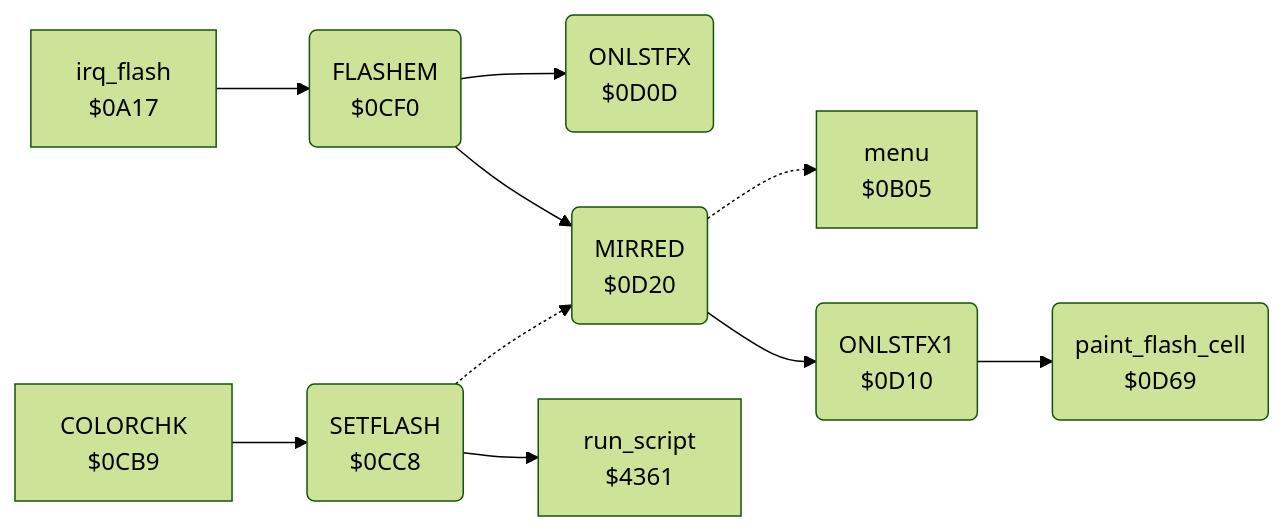
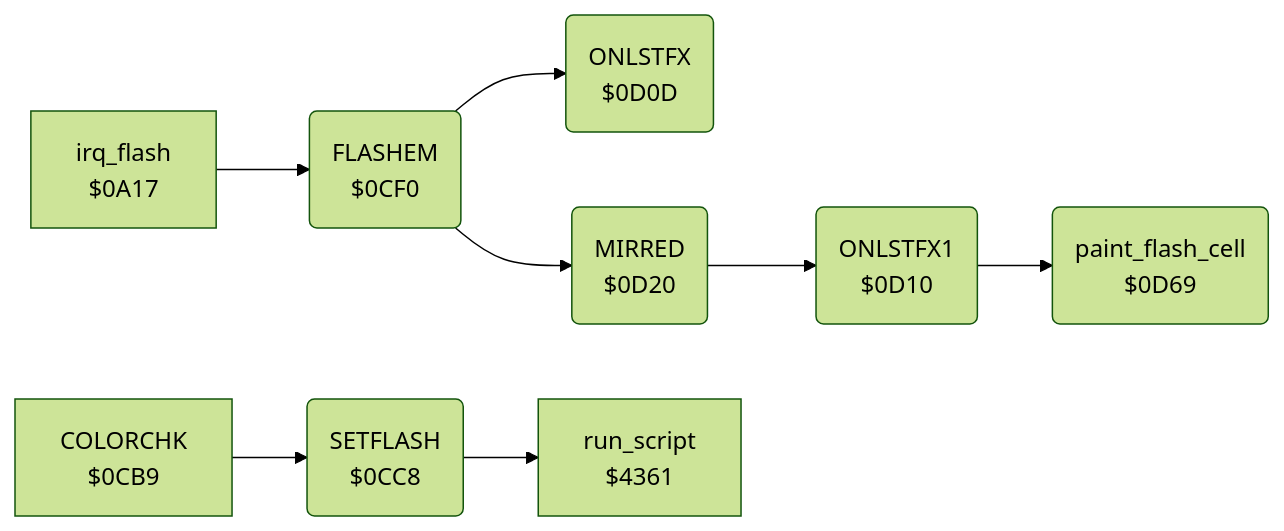
Before and after one commit to henols/c64_games: the diagram in koala_painter/v2/docs/reference/modules/menu/flash.md, drawn with Mermaid (forest theme). The commit also changed other lines of this file and 1100 other files, not shown here.

````diff
--- a/koala_painter/v2/docs/reference/modules/menu/flash.md
+++ b/koala_painter/v2/docs/reference/modules/menu/flash.md
@@ -10,22 +21,19 @@
 ```mermaid
 flowchart LR
   n0a17["irq_flash<br/>$0A17"]
-  n0b05["menu<br/>$0B05"]
   n0cb9["COLORCHK<br/>$0CB9"]
   n0cc8("SETFLASH<br/>$0CC8")
   n0cf0("FLASHEM<br/>$0CF0")
   n0d0d("ONLSTFX<br/>$0D0D")
   n0d10("ONLSTFX1<br/>$0D10")
   n0d20("MIRRED<br/>$0D20")
   n0d69("paint_flash_cell<br/>$0D69")
   n4361["run_script<br/>$4361"]
   n0a17 --> n0cf0
   n0cb9 --> n0cc8
-  n0cc8 -.-> n0d20
   n0cc8 --> n4361
   n0cf0 --> n0d0d
   n0cf0 --> n0d20
   n0d10 --> n0d69
-  n0d20 -.-> n0b05
   n0d20 --> n0d10
 ```
````
